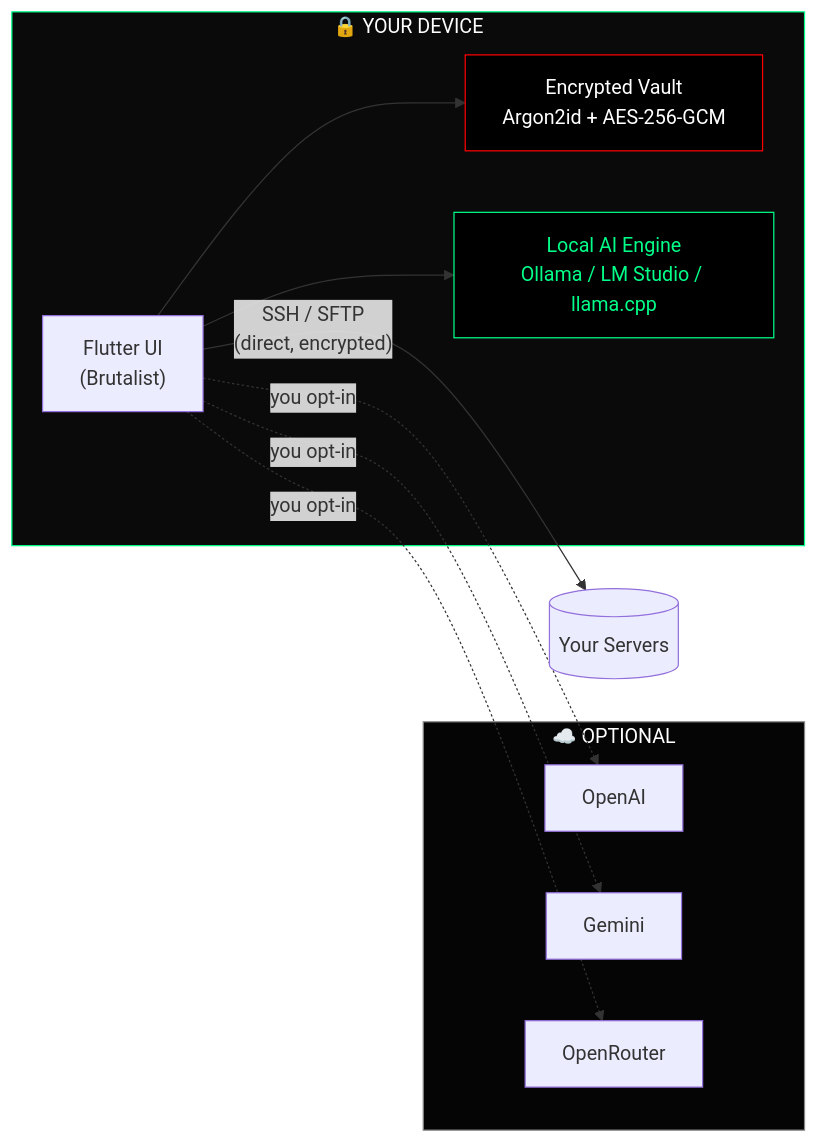
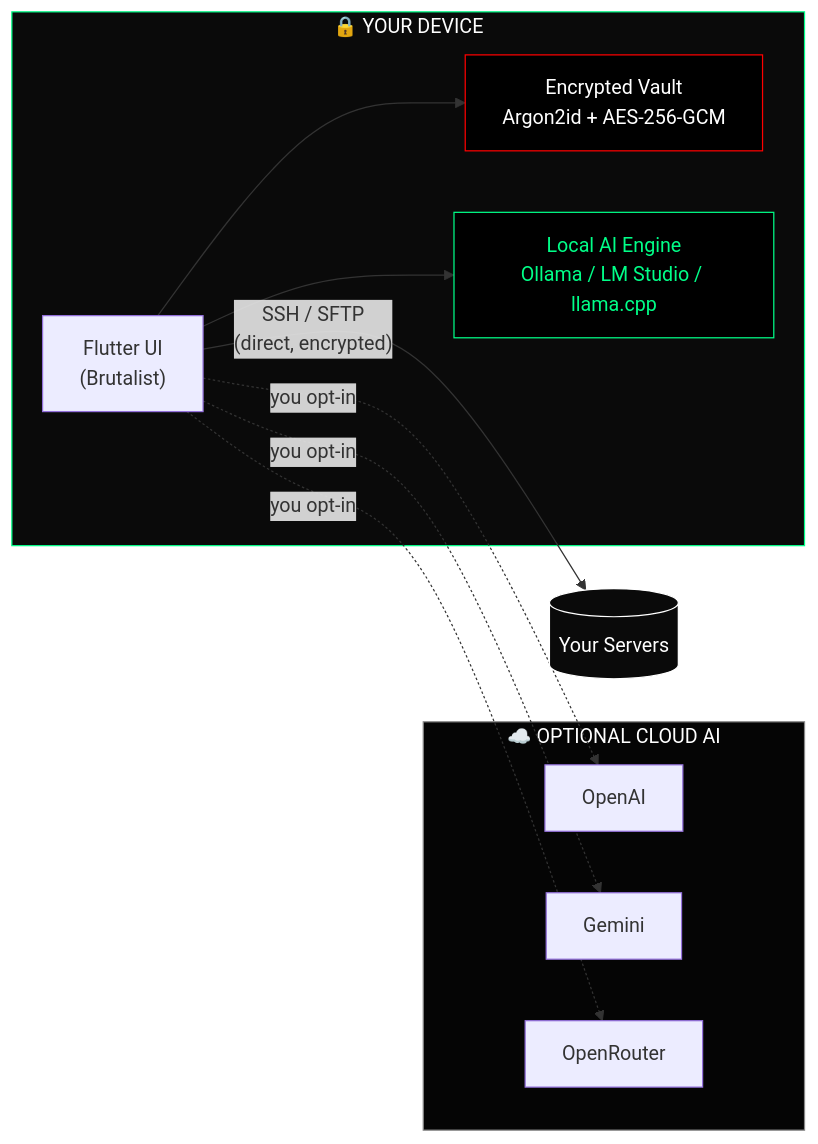
One commit to xayrullonematov/hamma changed the diagram in README.md. Above: the diagram before and after it, drawn with Mermaid. The commit also changed other lines of this file, not shown here.

````diff
--- a/README.md
+++ b/README.md
@@ -108,26 +243,27 @@
 ```mermaid
 flowchart LR
     subgraph Device["🔒 YOUR DEVICE"]
         UI["Flutter UI<br/>(Brutalist)"]
         Vault["Encrypted Vault<br/>Argon2id + AES-256-GCM"]
         LocalAI["Local AI Engine<br/>Ollama / LM Studio / llama.cpp"]
         UI --> Vault
         UI --> LocalAI
     end
 
-    subgraph Cloud["☁️ OPTIONAL"]
+    subgraph Cloud["☁️ OPTIONAL CLOUD AI"]
         OpenAI[OpenAI]
         Gemini[Gemini]
         OR[OpenRouter]
     end
 
     UI -- "SSH / SFTP<br/>(direct, encrypted)" --> Servers[(Your Servers)]
     UI -. "you opt-in" .-> OpenAI
     UI -. "you opt-in" .-> Gemini
     UI -. "you opt-in" .-> OR
 
     style Device fill:#0A0A0A,stroke:#00FF88,color:#FFFFFF
     style Cloud fill:#050505,stroke:#888888,color:#FFFFFF
     style LocalAI fill:#000000,stroke:#00FF88,color:#00FF88
     style Vault fill:#000000,stroke:#FF0000,color:#FFFFFF
+    style Servers fill:#0A0A0A,stroke:#FFFFFF,color:#FFFFFF
 ```
````
